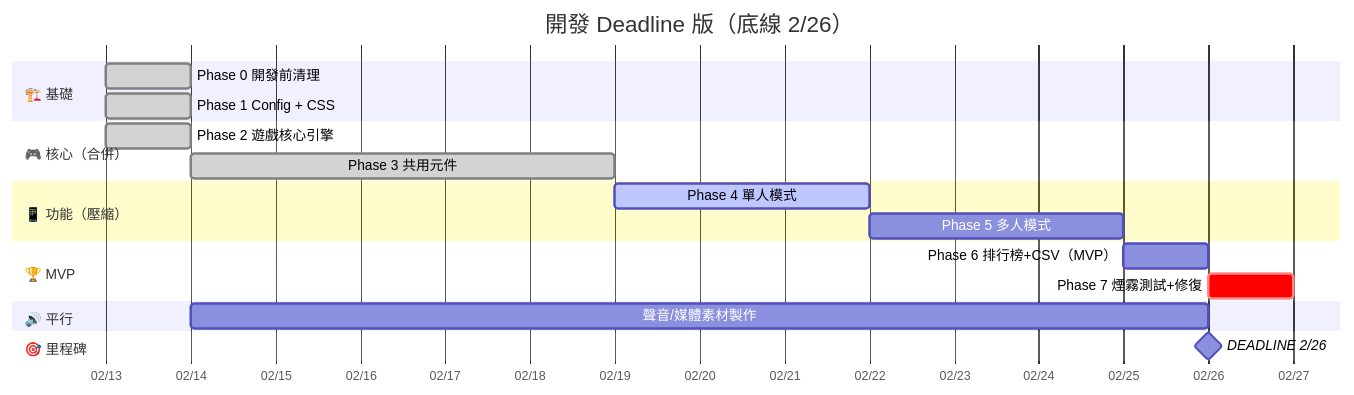
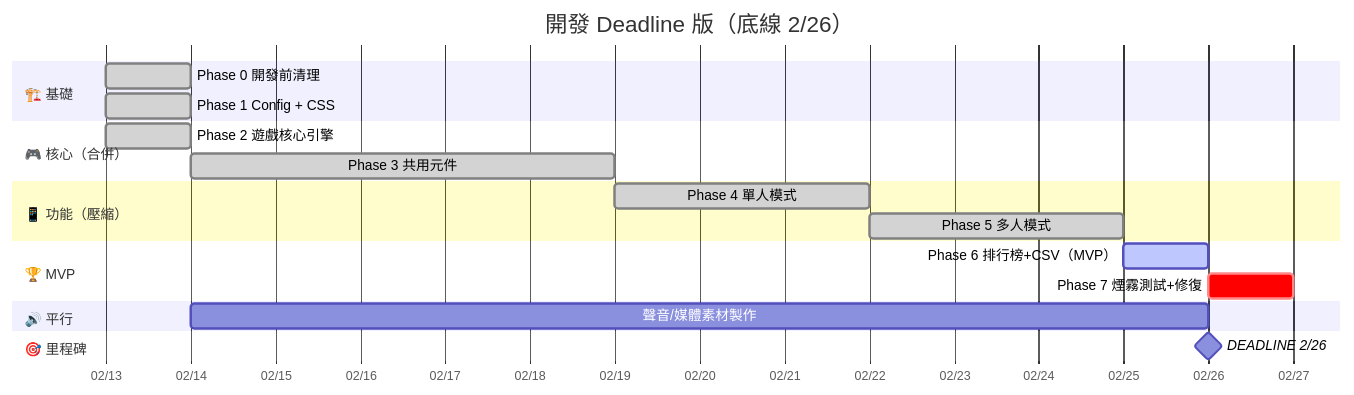
Before and after one commit to patiencelee-39/ef-game: diagram 33 of 34 in 完整需求文件v4.5.md, drawn with Mermaid. The commit also changed other lines of this file, not shown here.

First line of the commit message:
docs: 需求文件流程圖+開發時程更新

````diff
--- a/完整需求文件v4.5.md
+++ b/完整需求文件v4.5.md
@@ -6415,28 +6436,28 @@
 ```mermaid
 gantt
     title 開發 Deadline 版（底線 2/26）
     dateFormat  YYYY-MM-DD
     axisFormat  %m/%d
 
     section 🏗️ 基礎
     Phase 0 開發前清理          :done, d0, 2026-02-13, 1d
     Phase 1 Config + CSS        :done, d1, 2026-02-13, 1d
 
     section 🎮 核心（合併）
     Phase 2 遊戲核心引擎     :done, d2, 2026-02-13, 1d
     Phase 3 共用元件            :done, d3, after d2, 5d
 
     section 📱 功能（壓縮）
-    Phase 4 單人模式            :active, d4, after d3, 3d
-    Phase 5 多人模式            :d5, after d4, 3d
+    Phase 4 單人模式            :done, d4, after d3, 3d
+    Phase 5 多人模式            :done, d5, after d4, 3d
 
     section 🏆 MVP
-    Phase 6 排行榜+CSV（MVP）   :d6, after d5, 1d
+    Phase 6 排行榜+CSV（MVP）   :active, d6, after d5, 1d
     Phase 7 煙霧測試+修復       :crit, d7, after d6, 1d
 
     section 🔊 平行
     聲音/媒體素材製作           :da, 2026-02-14, 12d
 
     section 🎯 里程碑
     DEADLINE 2/26               :milestone, 2026-02-26, 0d
 ```
````
